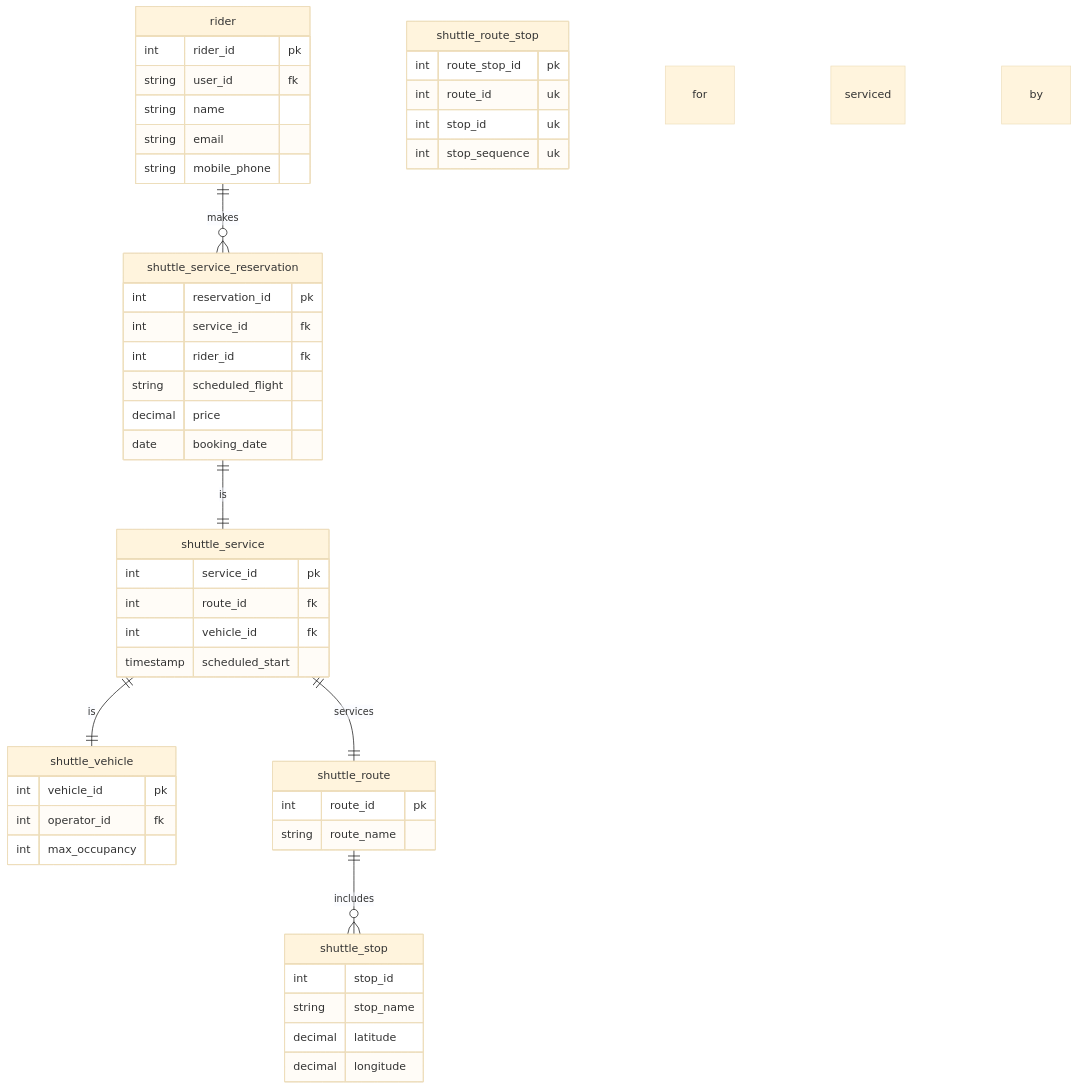
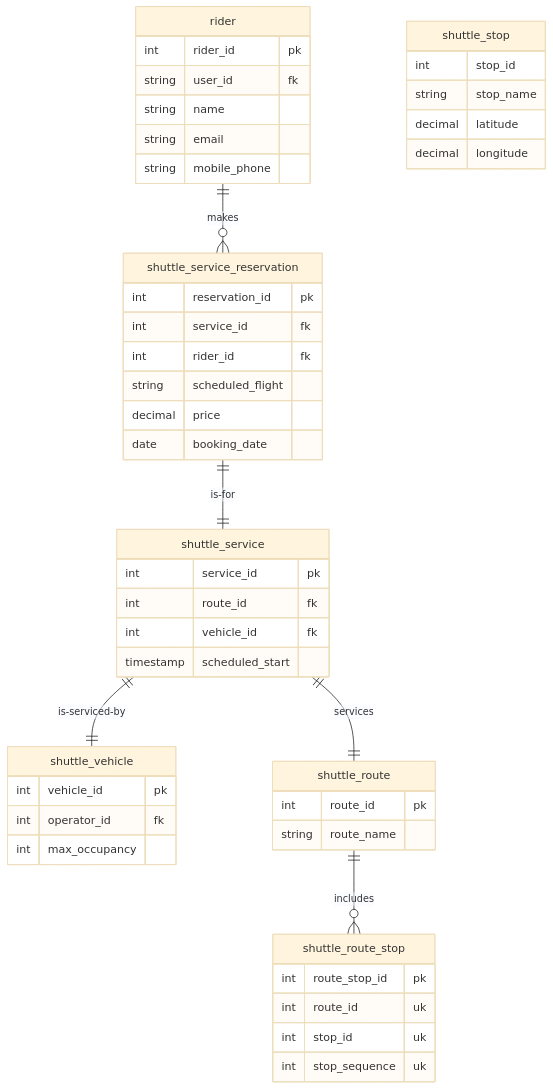
The diagram in README.md (Snookblast/coding-challenge), drawn with Mermaid (base theme) before and after one commit.

````diff
--- a/README.md
+++ b/README.md
@@ -3,59 +3,59 @@
 ```mermaid
 erDiagram
     rider {
         int rider_id pk
         string user_id fk
         string name
         string email
         string mobile_phone
     }
 
     shuttle_service_reservation {
         int reservation_id pk
         int service_id fk
         int rider_id fk
         string scheduled_flight
         decimal price 
         date booking_date 
     }
 
     shuttle_service {
         int service_id pk
         int route_id fk
         int vehicle_id fk
         timestamp  scheduled_start
     }
 
     shuttle_vehicle {
       int vehicle_id pk
       int operator_id fk
       int max_occupancy
     }
 
     shuttle_route {
         int route_id pk
         string route_name 
     }
 
     shuttle_stop {
         int stop_id
         string stop_name
         decimal latitude
         decimal longitude
     }
     
     shuttle_route_stop {
         int route_stop_id pk
         int route_id uk
         int stop_id uk
         int stop_sequence uk
     }
 
     rider ||--o{ shuttle_service_reservation : makes
-    shuttle_service_reservation ||--|| shuttle_service : is for
+    shuttle_service_reservation ||--|| shuttle_service : is-for
     shuttle_service ||--|| shuttle_route : services
-    shuttle_service ||--|| shuttle_vehicle : is serviced by
-    shuttle_route ||--o{ shuttle_stop : includes
+    shuttle_service ||--|| shuttle_vehicle : is-serviced-by
+    shuttle_route ||--o{ shuttle_route_stop : includes
     
 
 ```
````
